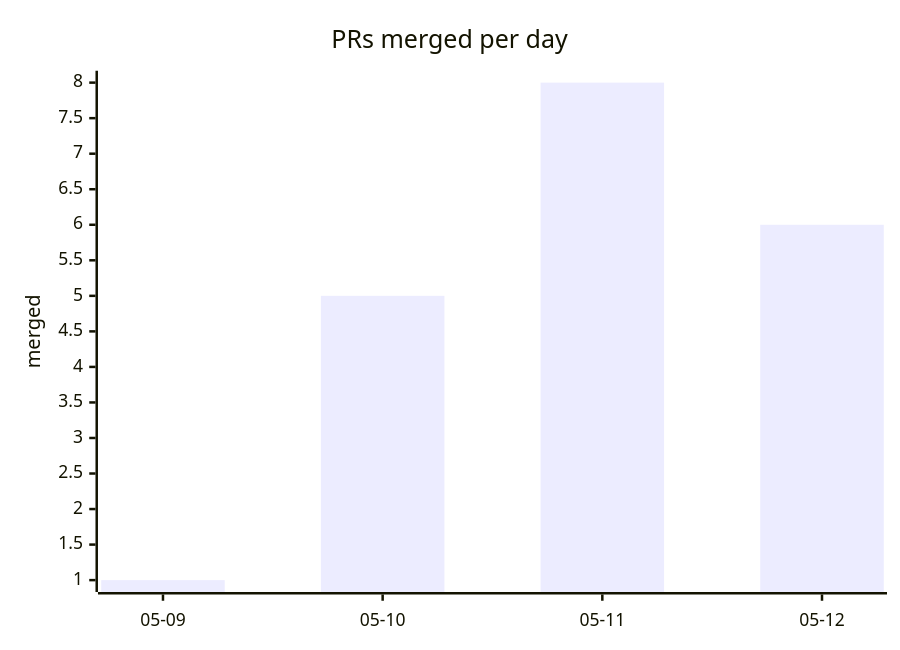
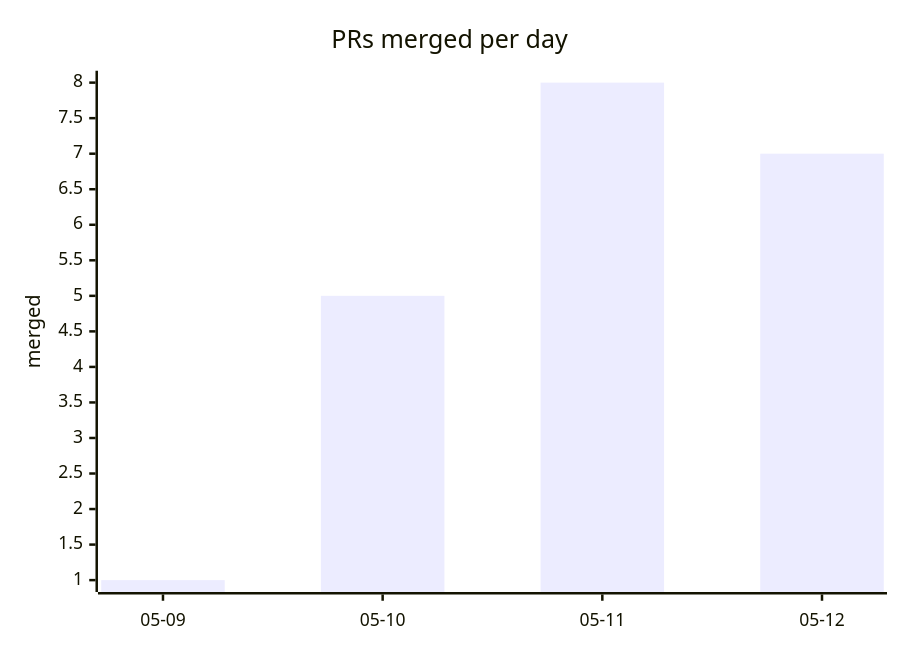
One commit to kimjune01/kimjune01 changed the second of 2 diagrams in README.md. Above: the diagram before and after it, drawn with Mermaid. The commit also changed other lines of this file, not shown here.

````diff
--- a/README.md
+++ b/README.md
@@ -15,7 +15,7 @@
 ```mermaid
 xychart-beta
     title "PRs merged per day"
     x-axis ["05-09", "05-10", "05-11", "05-12"]
     y-axis "merged"
-    bar [1, 5, 8, 6]
+    bar [1, 5, 8, 7]
 ```
````
